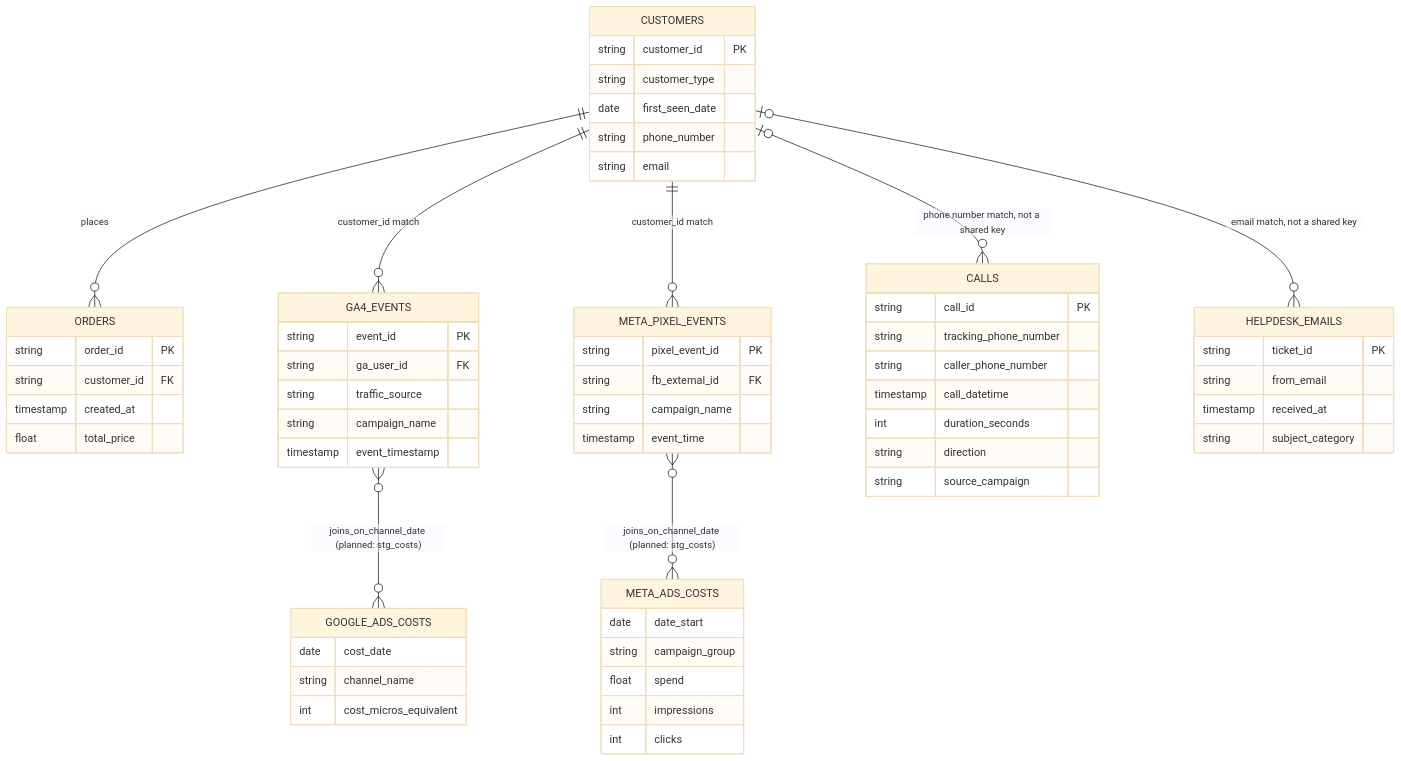
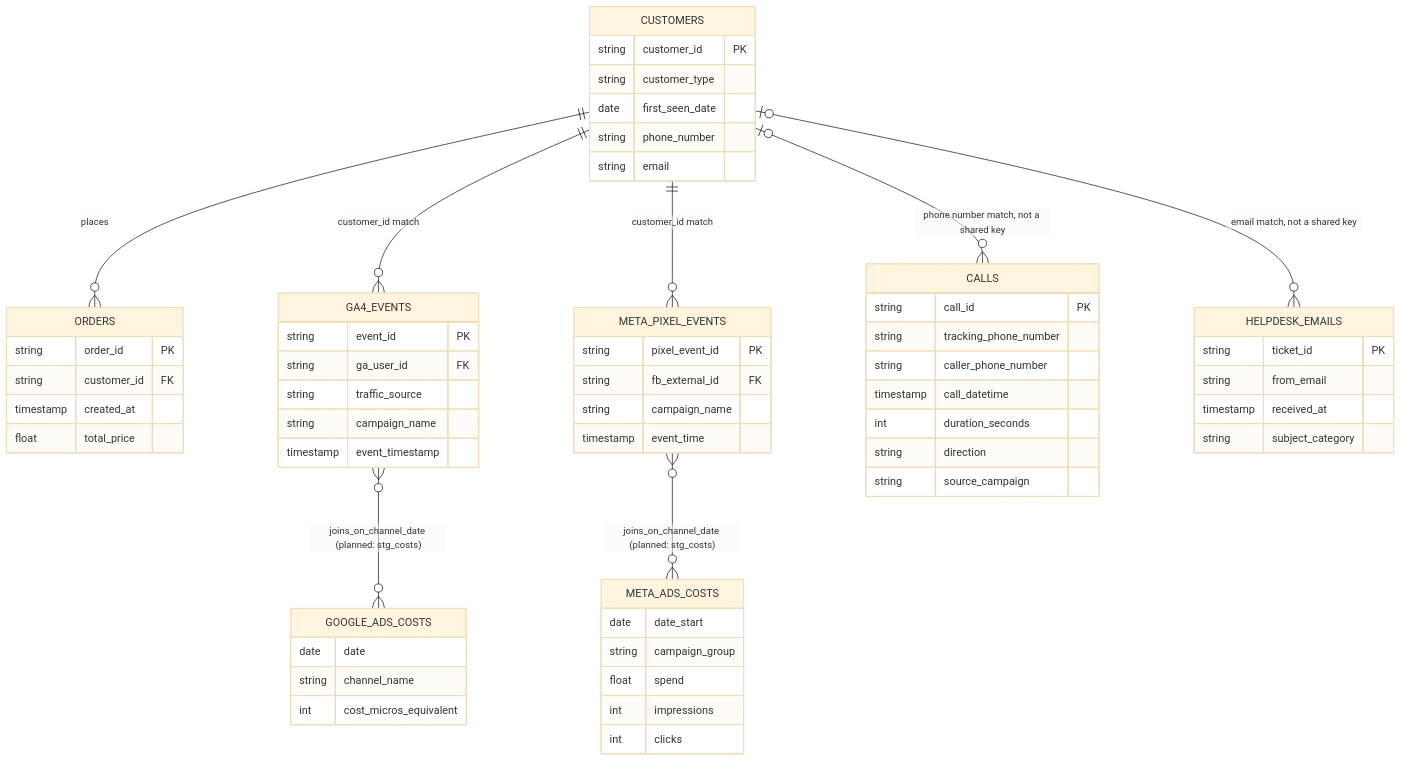
Before and after one commit to numesh4/multi-touch-attribution-dbt: the first of 2 diagrams in docs/schema-erd.md, drawn with Mermaid (base theme). The commit also changed other lines of this file and 3 other files, not shown here.

````diff
--- a/docs/schema-erd.md
+++ b/docs/schema-erd.md
@@ -5,63 +5,63 @@
 ```mermaid
 erDiagram
   CUSTOMERS ||--o{ ORDERS : "places"
   CUSTOMERS ||--o{ GA4_EVENTS : "customer_id match"
   CUSTOMERS ||--o{ META_PIXEL_EVENTS : "customer_id match"
   CUSTOMERS |o--o{ CALLS : "phone number match, not a shared key"
   CUSTOMERS |o--o{ HELPDESK_EMAILS : "email match, not a shared key"
   GA4_EVENTS }o--o{ GOOGLE_ADS_COSTS : "joins_on_channel_date (planned: stg_costs)"
   META_PIXEL_EVENTS }o--o{ META_ADS_COSTS : "joins_on_channel_date (planned: stg_costs)"
   CUSTOMERS {
     string customer_id PK
     string customer_type
     date first_seen_date
     string phone_number
     string email
   }
   ORDERS {
     string order_id PK
     string customer_id FK
     timestamp created_at
     float total_price
   }
   GA4_EVENTS {
     string event_id PK
     string ga_user_id FK
     string traffic_source
     string campaign_name
     timestamp event_timestamp
   }
   META_PIXEL_EVENTS {
     string pixel_event_id PK
     string fb_external_id FK
     string campaign_name
     timestamp event_time
   }
   CALLS {
     string call_id PK
     string tracking_phone_number
     string caller_phone_number
     timestamp call_datetime
     int duration_seconds
     string direction
     string source_campaign
   }
   HELPDESK_EMAILS {
     string ticket_id PK
     string from_email
     timestamp received_at
     string subject_category
   }
   GOOGLE_ADS_COSTS {
-    date cost_date
+    date date
     string channel_name
     int cost_micros_equivalent
   }
   META_ADS_COSTS {
     date date_start
     string campaign_group
     float spend
     int impressions
     int clicks
   }
 ```
````
